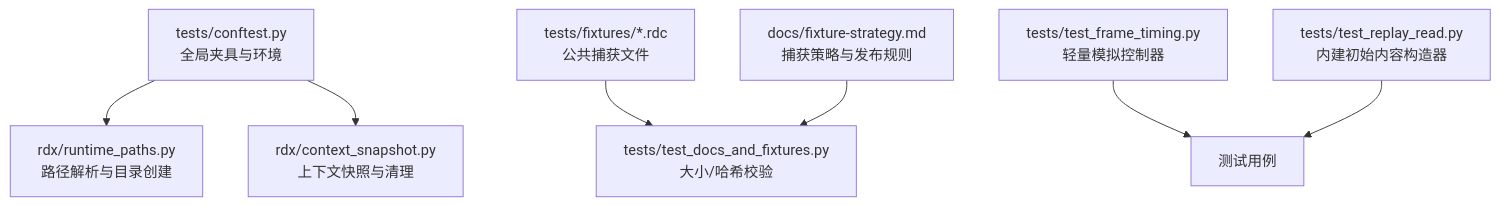
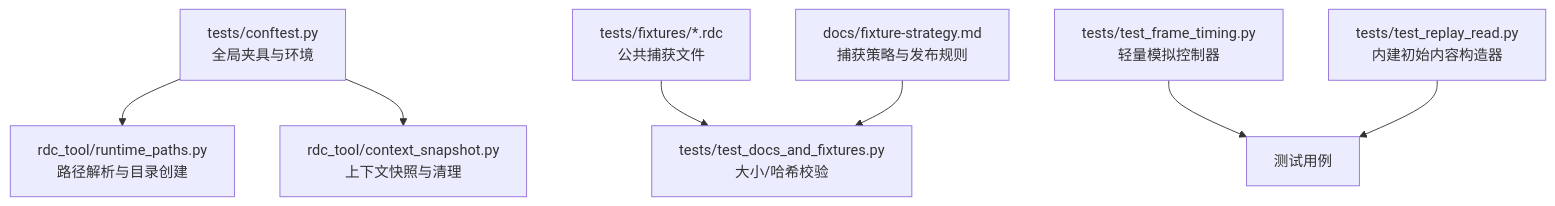
The first of 6 diagrams in .qoder/repowiki/zh/content/开发指南/测试策略/Fixture策略.md (haolange/RDC-Tool), drawn with Mermaid before and after one commit. The commit also changed other lines of this file and 388 other files, not shown here.

First line of the commit message:
Release RDC-Tool identity and public maintenance surface

````diff
--- a/.qoder/repowiki/zh/content/开发指南/测试策略/Fixture策略.md
+++ b/.qoder/repowiki/zh/content/开发指南/测试策略/Fixture策略.md
@@ -40,9 +40,9 @@
 ```mermaid
 graph TB
-A["tests/conftest.py<br/>全局夹具与环境"] --> B["rdx/runtime_paths.py<br/>路径解析与目录创建"]
-A --> C["rdx/context_snapshot.py<br/>上下文快照与清理"]
+A["tests/conftest.py<br/>全局夹具与环境"] --> B["rdc_tool/runtime_paths.py<br/>路径解析与目录创建"]
+A --> C["rdc_tool/context_snapshot.py<br/>上下文快照与清理"]
 D["tests/fixtures/*.rdc<br/>公共捕获文件"] --> E["tests/test_docs_and_fixtures.py<br/>大小/哈希校验"]
 F["docs/fixture-strategy.md<br/>捕获策略与发布规则"] --> E
 G["tests/test_frame_timing.py<br/>轻量模拟控制器"] --> H["测试用例"]
 I["tests/test_replay_read.py<br/>内建初始内容构造器"] --> H
 ```
````
